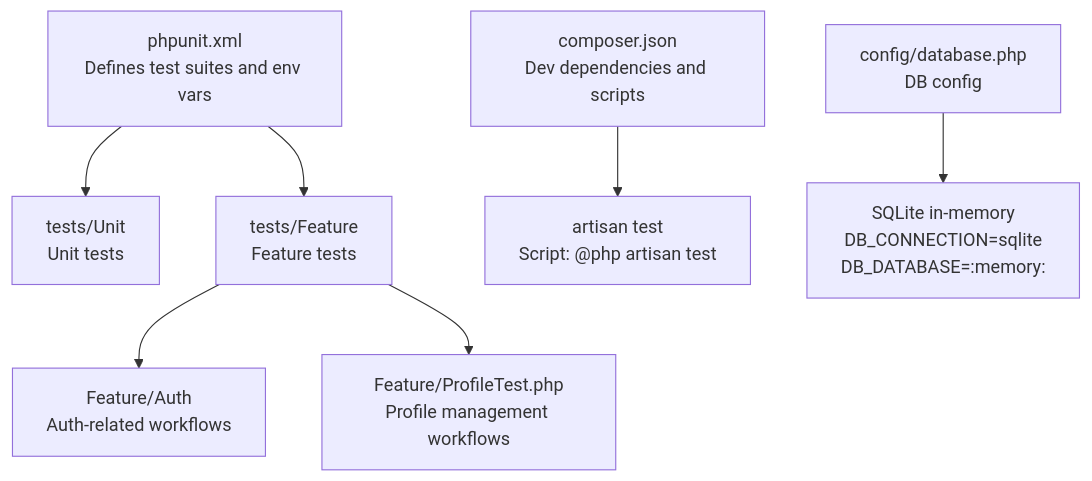
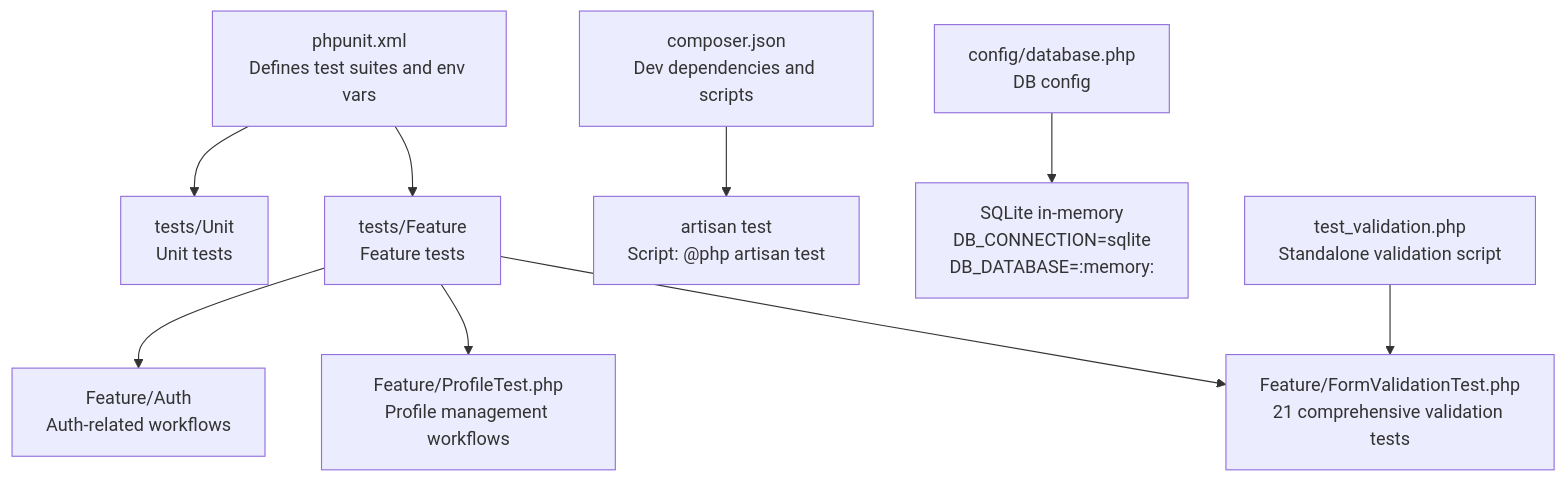
Before and after one commit to VenokM05/Travel_Project: the first of 11 diagrams in .qoder/repowiki/en/content/Testing Strategy.md, drawn with Mermaid. The commit also changed other lines of this file and 12 other files, not shown here.

````diff
--- a/.qoder/repowiki/en/content/Testing Strategy.md
+++ b/.qoder/repowiki/en/content/Testing Strategy.md
@@ -46,9 +70,11 @@
 ```mermaid
 graph TB
 A["phpunit.xml<br/>Defines test suites and env vars"] --> B["tests/Unit<br/>Unit tests"]
 A --> C["tests/Feature<br/>Feature tests"]
 C --> D["Feature/Auth<br/>Auth-related workflows"]
 C --> E["Feature/ProfileTest.php<br/>Profile management workflows"]
-F["composer.json<br/>Dev dependencies and scripts"] --> G["artisan test<br/>Script: @php artisan test"]
-H["config/database.php<br/>DB config"] --> I["SQLite in-memory<br/>DB_CONNECTION=sqlite<br/>DB_DATABASE=:memory:"]
+C --> F["Feature/FormValidationTest.php<br/>21 comprehensive validation tests"]
+G["composer.json<br/>Dev dependencies and scripts"] --> H["artisan test<br/>Script: @php artisan test"]
+I["config/database.php<br/>DB config"] --> J["SQLite in-memory<br/>DB_CONNECTION=sqlite<br/>DB_DATABASE=:memory:"]
+K["test_validation.php<br/>Standalone validation script"] --> F
 ```
````
